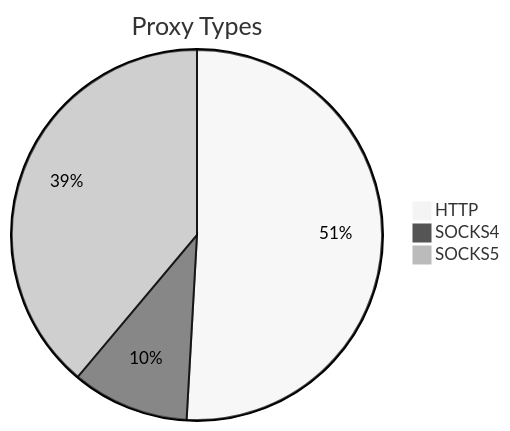
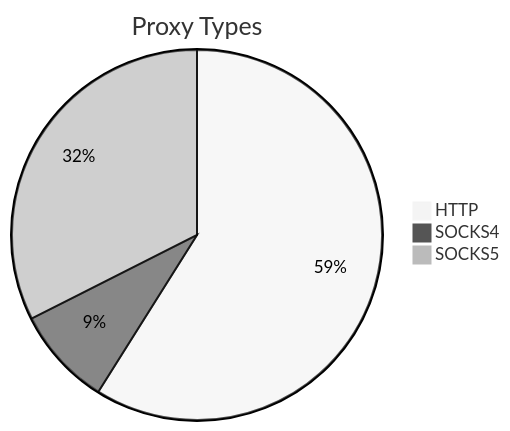
One commit to stormsia/proxy-list changed the first of 2 diagrams in README.md. Above: the diagram before and after it, drawn with Mermaid (neutral theme). The commit also changed other lines of this file, not shown here.

````diff
--- a/README.md
+++ b/README.md
@@ -21,6 +21,6 @@
 ```mermaid
 pie title Proxy Types
-    "HTTP" : 199
-    "SOCKS4" : 40
-    "SOCKS5" : 152
+    "HTTP" : 267
+    "SOCKS4" : 39
+    "SOCKS5" : 147
 ```
````
